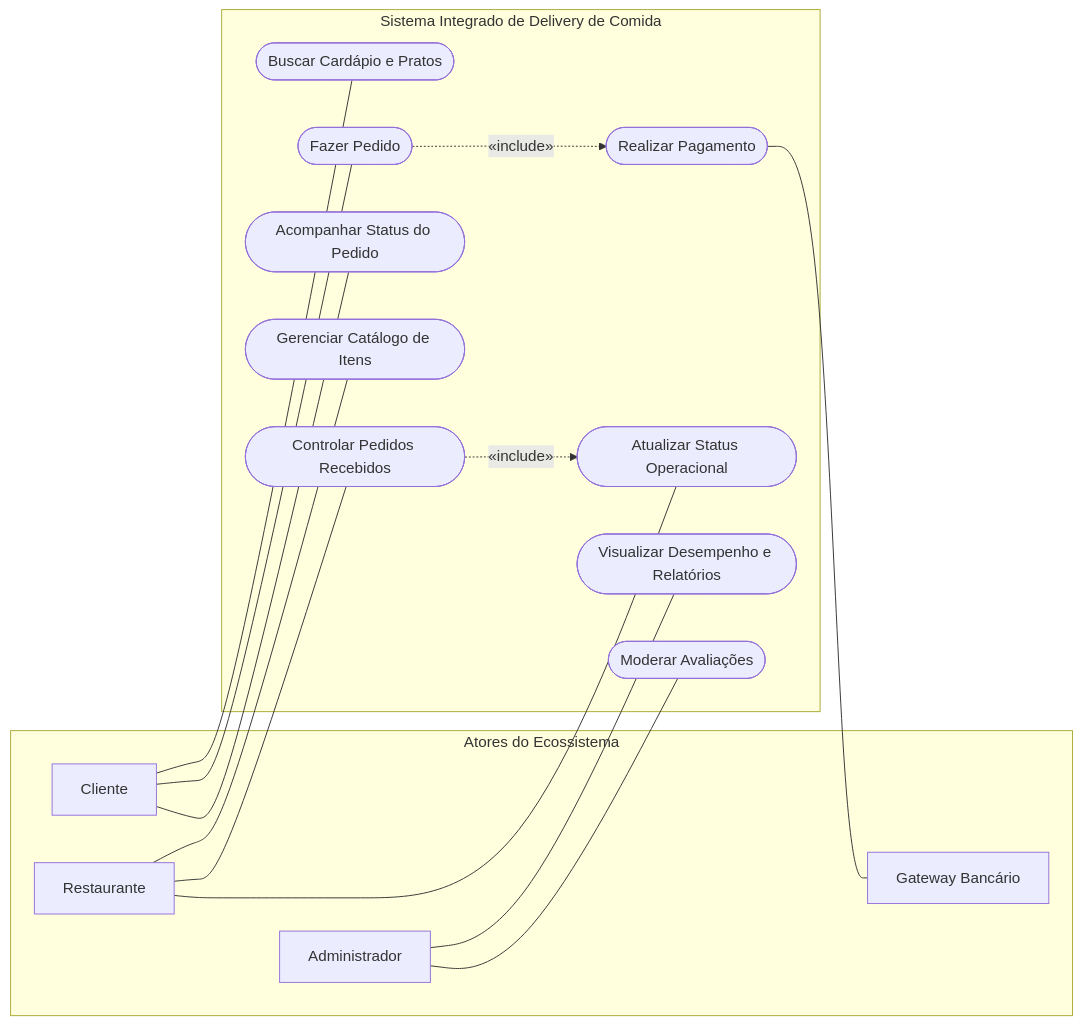
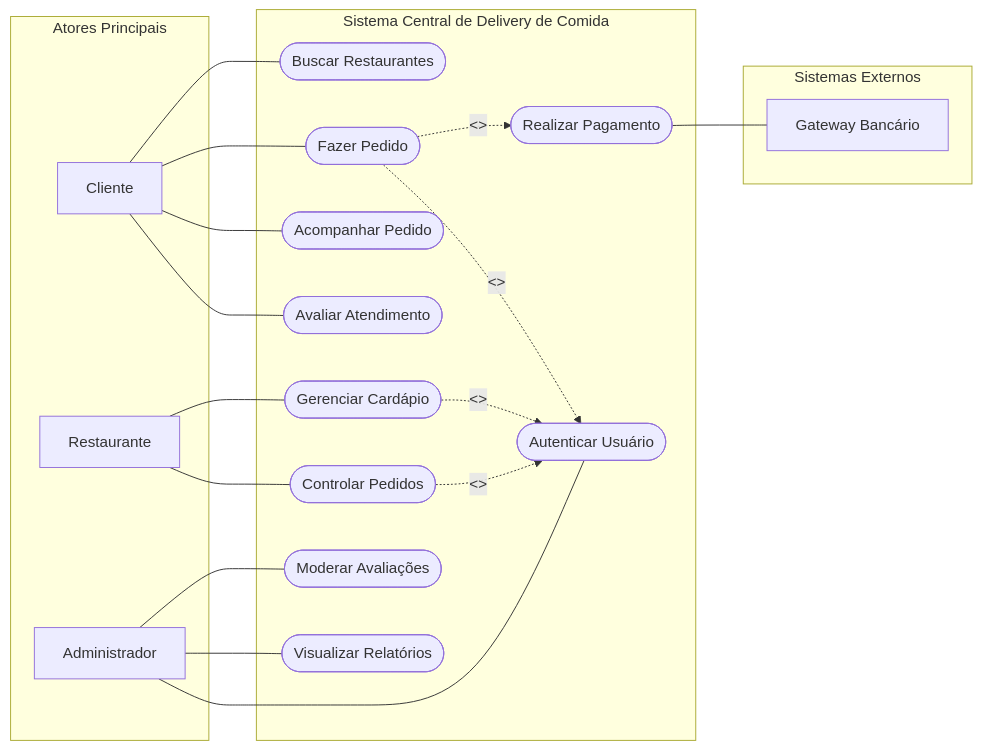
Before and after one commit to murilolol/unifef: the tenth of 24 diagrams in 4º Semestre/[Prof. Wesley Soares] Engenharia de Software II/Resumos-IA/Simulados-Comentados.md, drawn with Mermaid. The commit also changed other lines of this file and 58 other files, not shown here.

````diff
--- a/4º Semestre/[Prof. Wesley Soares] Engenharia de Software II/Resumos-IA/Simulados-Comentados.md
+++ b/4º Semestre/[Prof. Wesley Soares] Engenharia de Software II/Resumos-IA/Simulados-Comentados.md
@@ -683,36 +353,43 @@
 ```mermaid
 flowchart LR
-    subgraph AtoresNegocio["Atores do Ecossistema"]
+    subgraph AtoresPrimarios["Atores Principais"]
         Cliente["Cliente"]
         Restaurante["Restaurante"]
         Admin["Administrador"]
+    end
+
+    subgraph FronteiraDelivery["Sistema Central de Delivery de Comida"]
+        UC1(["Buscar Restaurantes"])
+        UC2(["Fazer Pedido"])
+        UC3(["Acompanhar Pedido"])
+        UC4(["Avaliar Atendimento"])
+        UC5(["Realizar Pagamento"])
+        UC6(["Autenticar Usuário"])
+        UC7(["Gerenciar Cardápio"])
+        UC8(["Controlar Pedidos"])
+        UC9(["Moderar Avaliações"])
+        UC10(["Visualizar Relatórios"])
+    end
+
+    subgraph AtoresSecundarios["Sistemas Externos"]
         Gateway["Gateway Bancário"]
     end
 
-    subgraph SistemaDelivery["Sistema Integrado de Delivery de Comida"]
-        UC01(["Buscar Cardápio e Pratos"])
-        UC02(["Fazer Pedido"])
-        UC03(["Acompanhar Status do Pedido"])
-        UC04(["Realizar Pagamento"])
-        UC05(["Gerenciar Catálogo de Itens"])
-        UC06(["Controlar Pedidos Recebidos"])
-        UC07(["Atualizar Status Operacional"])
-        UC08(["Visualizar Desempenho e Relatórios"])
-        UC09(["Moderar Avaliações"])
-    end
+    Cliente --- UC1
+    Cliente --- UC2
+    Cliente --- UC3
+    Cliente --- UC4
 
-    Cliente --- UC01
-    Cliente --- UC02
-    Cliente --- UC03
+    Restaurante --- UC7
+    Restaurante --- UC8
 
-    Restaurante --- UC05
-    Restaurante --- UC06
-    Restaurante --- UC07
+    Admin --- UC9
+    Admin --- UC10
 
-    Admin --- UC08
-    Admin --- UC09
-
-    UC02 -.->|"«include»"| UC04
-    UC04 --- Gateway
-    UC06 -.->|"«include»"| UC07
+    UC2 -.->|"<<include>>"| UC5
+    UC5 --- Gateway
+    UC2 -.->|"<<include>>"| UC6
+    UC7 -.->|"<<include>>"| UC6
+    UC8 -.->|"<<include>>"| UC6
+    Admin --- UC6
 ```
````
